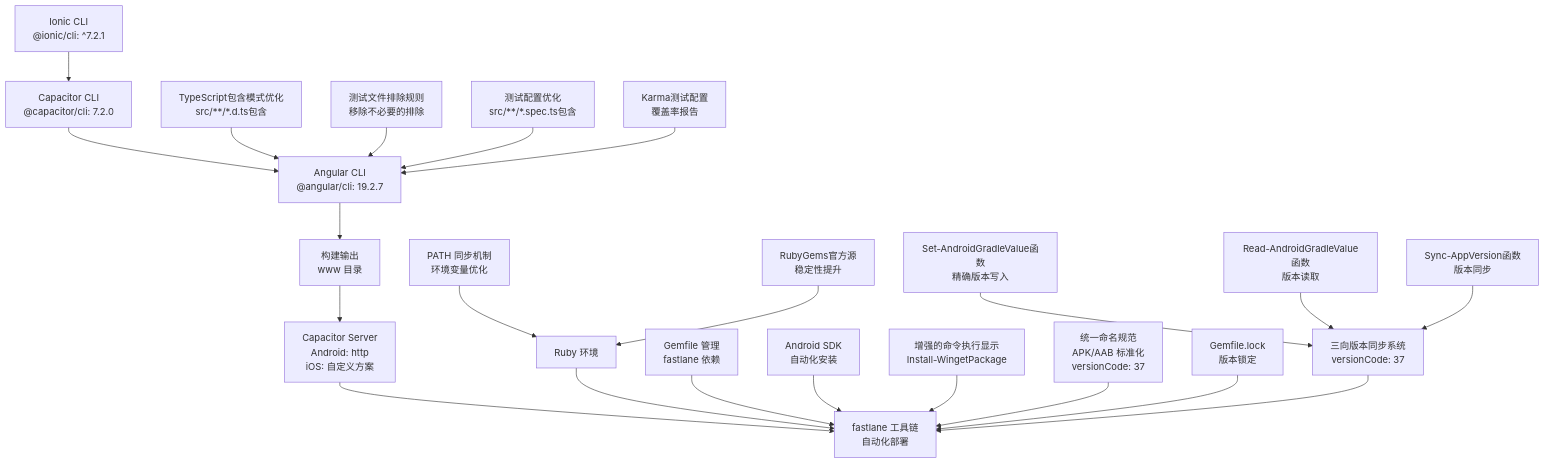
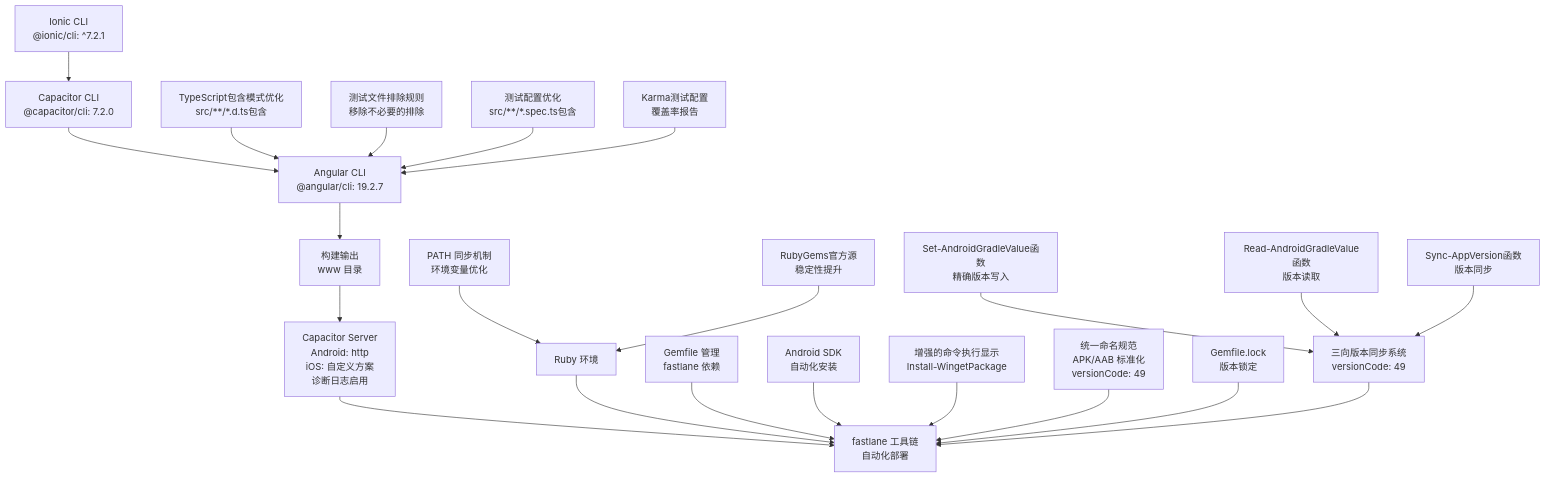
The third of 6 diagrams in .qoder/repowiki/zh/content/构建与部署/构建配置.md (tea4go/Macro-Deck-Client-App), drawn with Mermaid before and after one commit. The commit also changed other lines of this file and 45 other files, not shown here.

````diff
--- a/.qoder/repowiki/zh/content/构建与部署/构建配置.md
+++ b/.qoder/repowiki/zh/content/构建与部署/构建配置.md
@@ -385,24 +397,24 @@
 ```mermaid
 graph TB
 A["Ionic CLI<br/>@ionic/cli: ^7.2.1"] --> B["Capacitor CLI<br/>@capacitor/cli: 7.2.0"]
 B --> C["Angular CLI<br/>@angular/cli: 19.2.7"]
 C --> D["构建输出<br/>www 目录"]
-D --> E["Capacitor Server<br/>Android: http<br/>iOS: 自定义方案"]
+D --> E["Capacitor Server<br/>Android: http<br/>iOS: 自定义方案<br/>诊断日志启用"]
 E --> F["fastlane 工具链<br/>自动化部署"]
 G["Ruby 环境"] --> F
 H["Gemfile 管理<br/>fastlane 依赖"] --> F
 I["Android SDK<br/>自动化安装"] --> F
 J["PATH 同步机制<br/>环境变量优化"] --> G
 K["增强的命令执行显示<br/>Install-WingetPackage"] --> F
-L["统一命名规范<br/>APK/AAB 标准化<br/>versionCode: 37"] --> F
+L["统一命名规范<br/>APK/AAB 标准化<br/>versionCode: 49"] --> F
 M["Gemfile.lock<br/>版本锁定"] --> F
 N["RubyGems官方源<br/>稳定性提升"] --> G
-O["三向版本同步系统<br/>versionCode: 37"] --> F
+O["三向版本同步系统<br/>versionCode: 49"] --> F
 P["Set-AndroidGradleValue函数<br/>精确版本写入"] --> O
 Q["Read-AndroidGradleValue函数<br/>版本读取"] --> O
 R["Sync-AppVersion函数<br/>版本同步"] --> O
 S["TypeScript包含模式优化<br/>src/**/*.d.ts包含"] --> C
 T["测试文件排除规则<br/>移除不必要的排除"] --> C
 U["测试配置优化<br/>src/**/*.spec.ts包含"] --> C
 V["Karma测试配置<br/>覆盖率报告"] --> C
 ```
````
